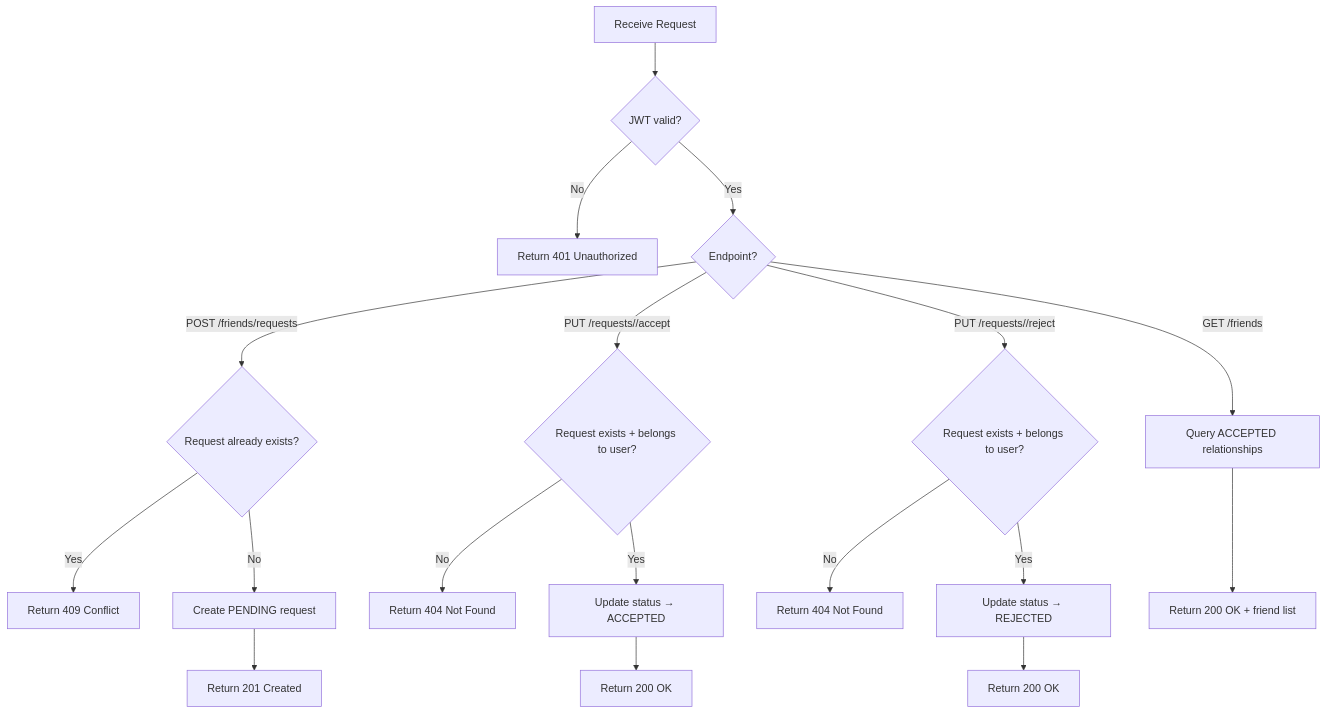
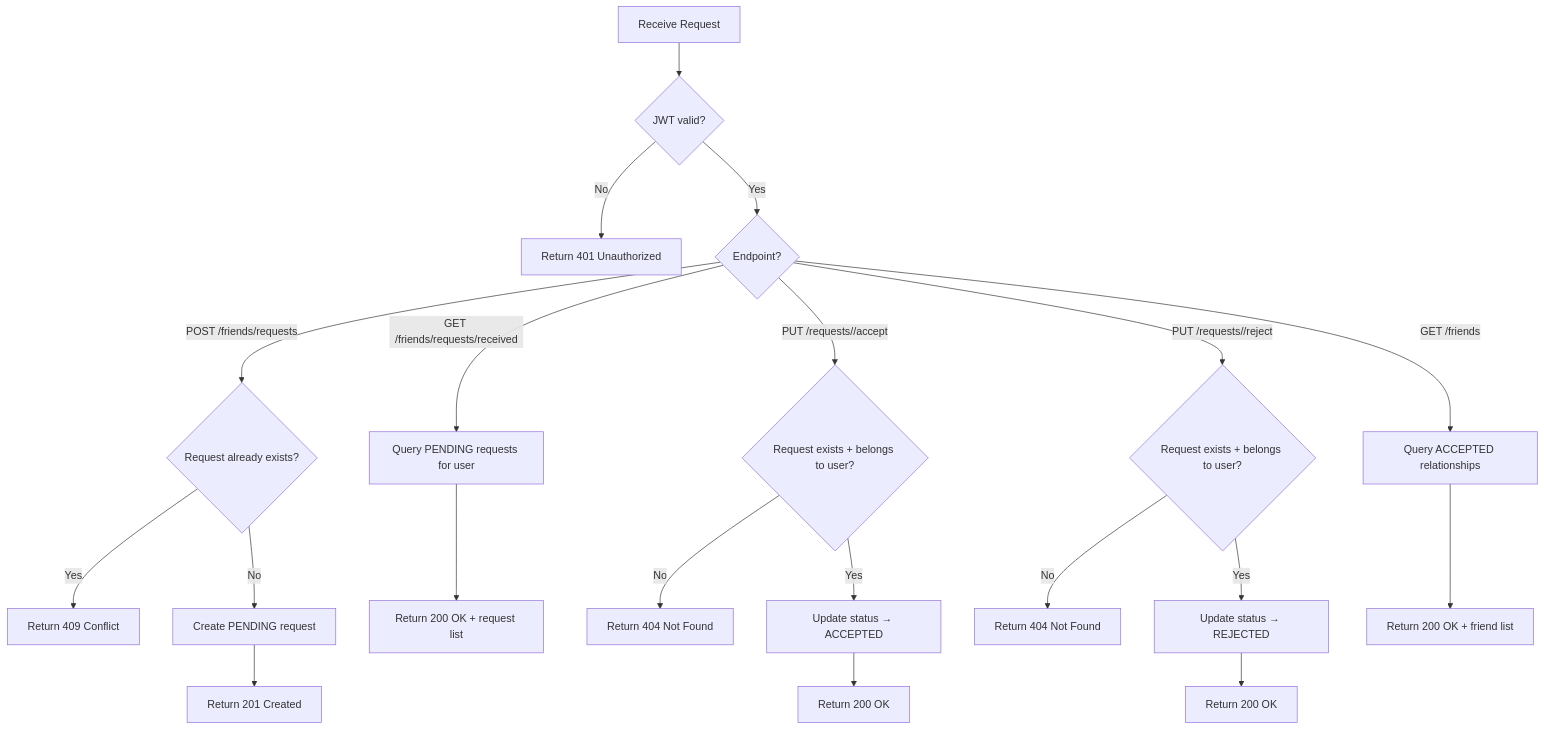
The fourth of 5 diagrams in docs/analysis-and-design.md (HiepNguyen284/chatapp-microservice), drawn with Mermaid before and after one commit. The commit also changed other lines of this file, not shown here.

````diff
--- a/docs/analysis-and-design.md
+++ b/docs/analysis-and-design.md
@@ -308,24 +320,27 @@
 ```mermaid
 flowchart TD
     A[Receive Request] --> B{JWT valid?}
     B -->|No| B1[Return 401 Unauthorized]
     B -->|Yes| C{Endpoint?}
 
     C -->|POST /friends/requests| D{Request already exists?}
     D -->|Yes| D1[Return 409 Conflict]
     D -->|No| D2[Create PENDING request]
     D2 --> D3[Return 201 Created]
+
+    C -->|GET /friends/requests/received| H[Query PENDING requests for user]
+    H --> H1[Return 200 OK + request list]
 
     C -->|PUT /requests/<id>/accept| E{Request exists + belongs to user?}
     E -->|No| E1[Return 404 Not Found]
     E -->|Yes| E2[Update status → ACCEPTED]
     E2 --> E3[Return 200 OK]
 
     C -->|PUT /requests/<id>/reject| F{Request exists + belongs to user?}
     F -->|No| F1[Return 404 Not Found]
     F -->|Yes| F2[Update status → REJECTED]
     F2 --> F3[Return 200 OK]
 
     C -->|GET /friends| G[Query ACCEPTED relationships]
     G --> G1[Return 200 OK + friend list]
 ```
````
